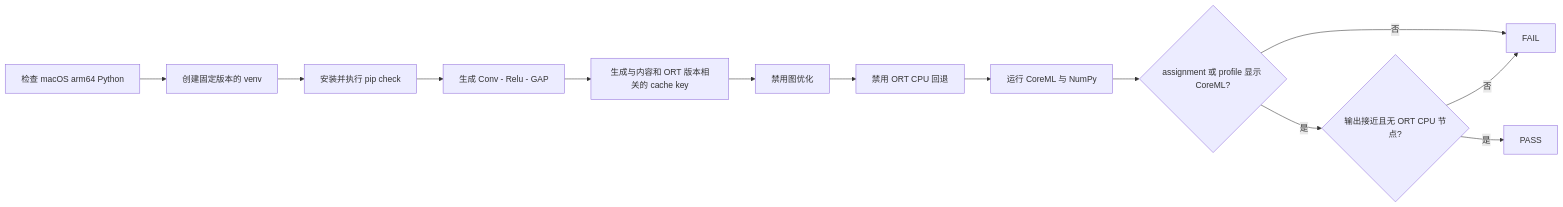
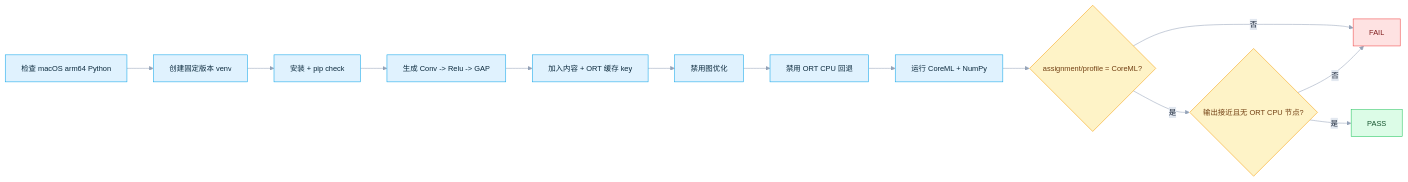
One commit to DakeQQ/Tutorial-ONNX-Runtime-Execution-Providers changed the sixth of 12 diagrams in Apple/README.zh-CN.md. Above: the diagram before and after it, drawn with Mermaid. The commit also changed other lines of this file and 15 other files, not shown here.

````diff
--- a/Apple/README.zh-CN.md
+++ b/Apple/README.zh-CN.md
@@ -193,15 +237,24 @@
 ```mermaid
+%%{init: {"theme":"base","themeVariables":{"fontSize":"14px","lineColor":"#94a3b8","edgeLabelBackground":"#e2e8f0","primaryTextColor":"#1e293b"}}}%%
 flowchart LR
-    A[检查 macOS arm64 Python] --> B[创建固定版本的 venv]
-    B --> C[安装并执行 pip check]
-    C --> D[生成 Conv - Relu - GAP]
-    D --> E[生成与内容和 ORT 版本相关的 cache key]
-    E --> F[禁用图优化]
-    F --> G[禁用 ORT CPU 回退]
-    G --> H[运行 CoreML 与 NumPy]
-    H --> I{assignment 或 profile 显示 CoreML?}
-    I -->|否| X[FAIL]
-    I -->|是| J{输出接近且无 ORT CPU 节点?}
+    A["检查 macOS arm64 Python"] --> B["创建固定版本 venv"]
+    B --> C["安装 + pip check"]
+    C --> D["生成 Conv -> Relu -> GAP"]
+    D --> E["加入内容 + ORT 缓存 key"]
+    E --> F["禁用图优化"]
+    F --> G["禁用 ORT CPU 回退"]
+    G --> H["运行 CoreML + NumPy"]
+    H --> I{"assignment/profile = CoreML?"}
+    I -->|否| X["FAIL"]
+    I -->|是| J{"输出接近且无 ORT CPU 节点?"}
     J -->|否| X
-    J -->|是| K[PASS]
+    J -->|是| K["PASS"]
+    classDef step fill:#e0f2fe,stroke:#0ea5e9,color:#0c2a3d;
+    classDef dec fill:#fef3c7,stroke:#f59e0b,color:#713f12;
+    classDef good fill:#dcfce7,stroke:#22c55e,color:#14532d;
+    classDef bad fill:#fee2e2,stroke:#ef4444,color:#7f1d1d;
+    class A,B,C,D,E,F,G,H step;
+    class I,J dec;
+    class K good;
+    class X bad;
 ```
````
